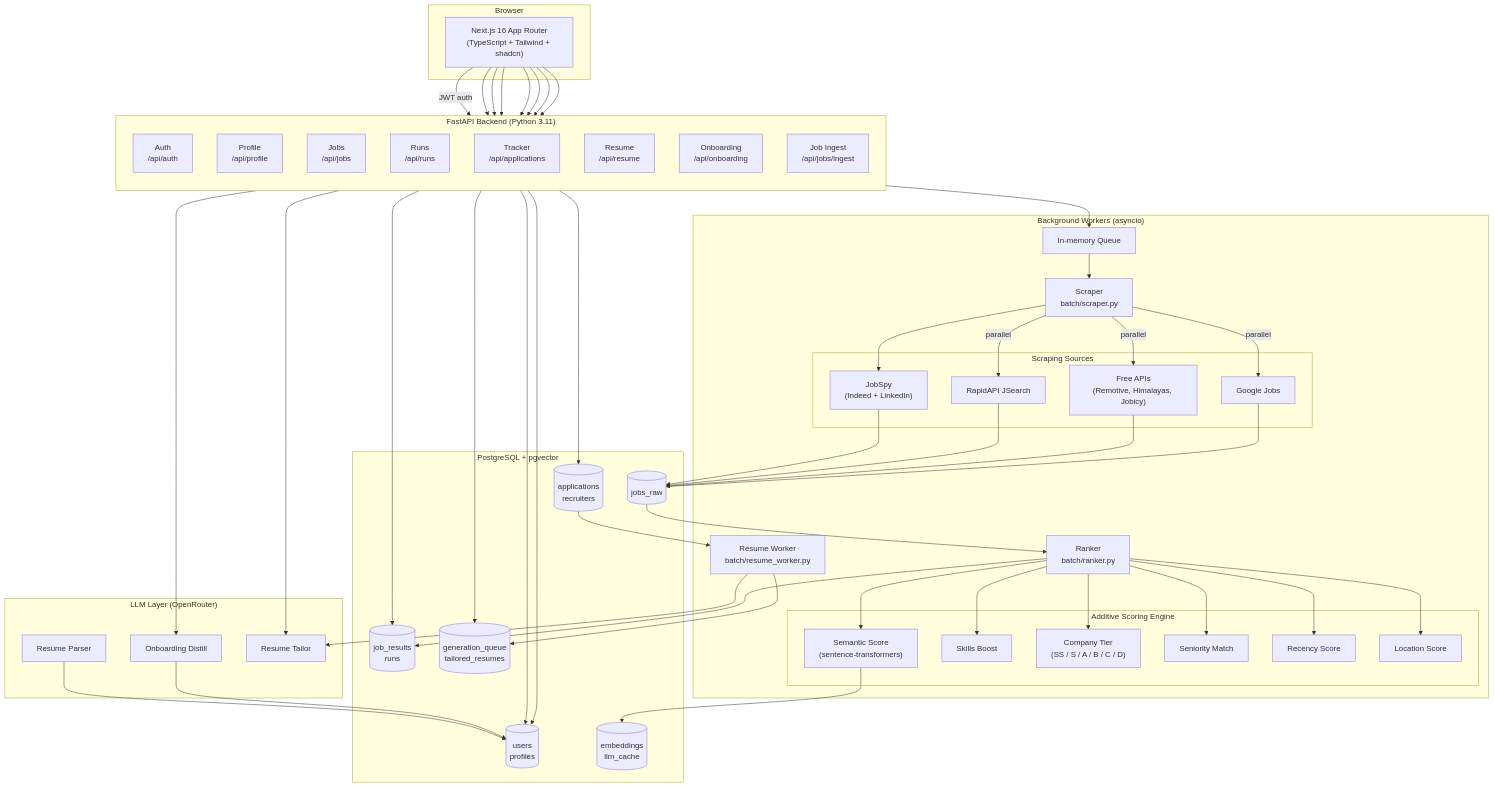
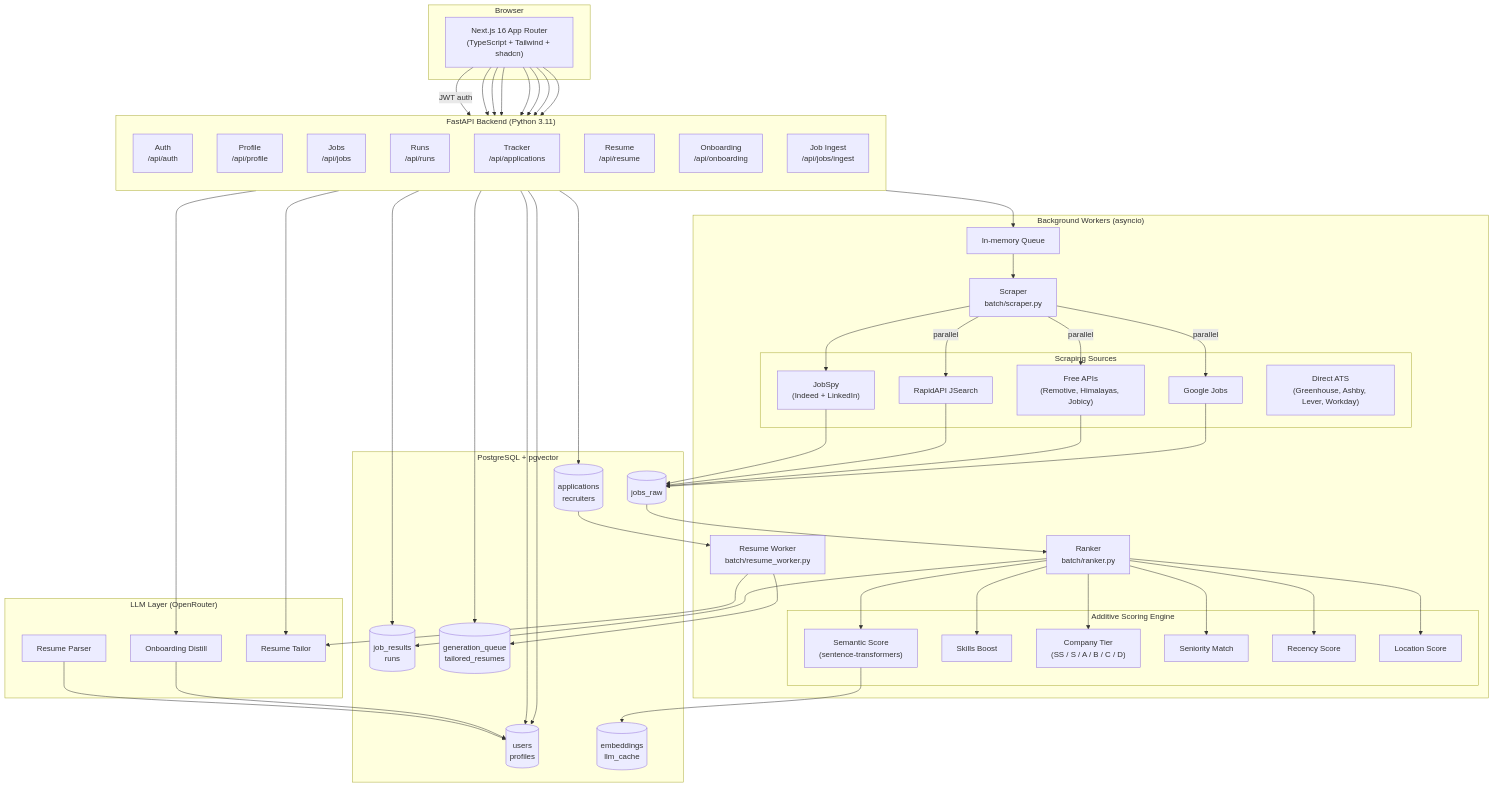
The first of 2 diagrams in signalrank/README.md (zharupesh07/signalrank), drawn with Mermaid before and after one commit. The commit also changed other lines of this file and 71 other files, not shown here.

```diff
--- a/signalrank/README.md
+++ b/signalrank/README.md
@@ -39,6 +39,7 @@
             S2["RapidAPI JSearch"]
             S3["Free APIs\n(Remotive, Himalayas, Jobicy)"]
             S4["Google Jobs"]
+            S5["Direct ATS\n(Greenhouse, Ashby, Lever, Workday)"]
         end
 
         subgraph Scoring["Additive Scoring Engine"]
```
